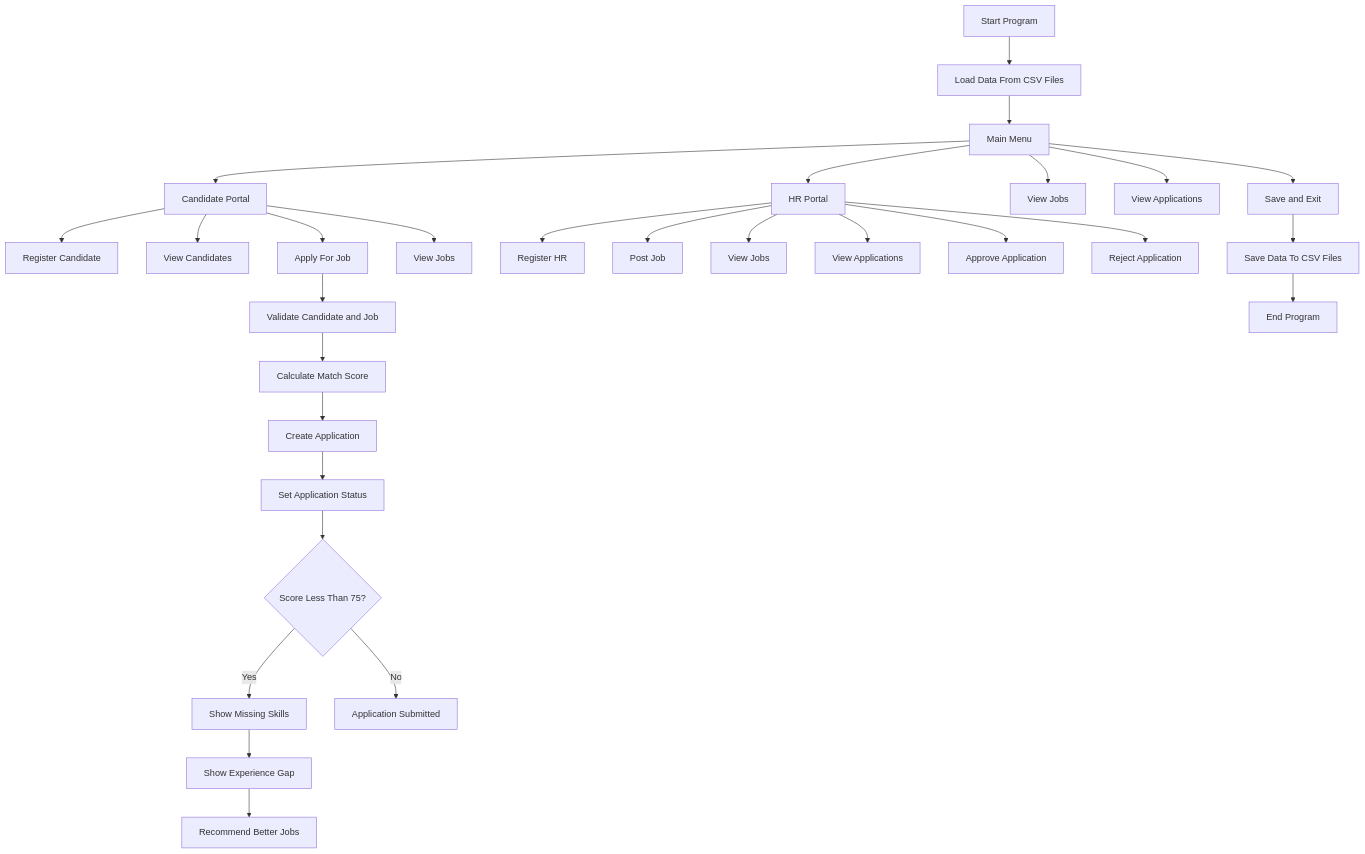
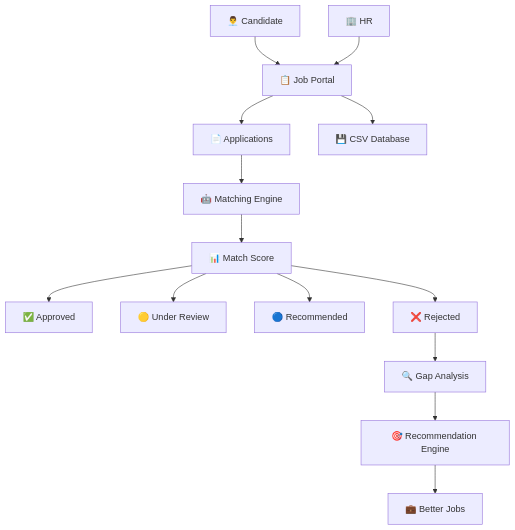
The first of 4 diagrams in README.md (Muhammad-Sami-Ullah53/AI_Based_Mini_Linkedin), drawn with Mermaid before and after one commit. The commit also changed other lines of this file, not shown here.

````diff
--- a/README.md
+++ b/README.md
@@ -464,39 +362,25 @@
 ```mermaid
-flowchart TD
+flowchart TB
 
-A[Start Program] --> B[Load Data From CSV Files]
-B --> C[Main Menu]
+A[👨‍💼 Candidate] --> B[📋 Job Portal]
+C[🏢 HR] --> B
 
-C --> D[Candidate Portal]
-C --> E[HR Portal]
-C --> F[View Jobs]
-C --> G[View Applications]
-C --> H[Save and Exit]
+B --> D[📄 Applications]
 
-D --> D1[Register Candidate]
-D --> D2[View Candidates]
-D --> D3[Apply For Job]
-D --> D4[View Jobs]
+D --> E[🤖 Matching Engine]
 
-E --> E1[Register HR]
-E --> E2[Post Job]
-E --> E3[View Jobs]
-E --> E4[View Applications]
-E --> E5[Approve Application]
-E --> E6[Reject Application]
+E --> F[📊 Match Score]
 
-D3 --> I[Validate Candidate and Job]
-I --> J[Calculate Match Score]
-J --> K[Create Application]
-K --> L[Set Application Status]
-L --> M{Score Less Than 75?}
+F --> G[✅ Approved]
+F --> H[🟡 Under Review]
+F --> I[🔵 Recommended]
+F --> J[❌ Rejected]
 
-M -->|Yes| N[Show Missing Skills]
-N --> O[Show Experience Gap]
-O --> P[Recommend Better Jobs]
+J --> K[🔍 Gap Analysis]
 
-M -->|No| Q[Application Submitted]
+K --> L[🎯 Recommendation Engine]
 
-H --> R[Save Data To CSV Files]
-R --> S[End Program]
+L --> M[💼 Better Jobs]
+
+B --> N[💾 CSV Database]
 ```
````
